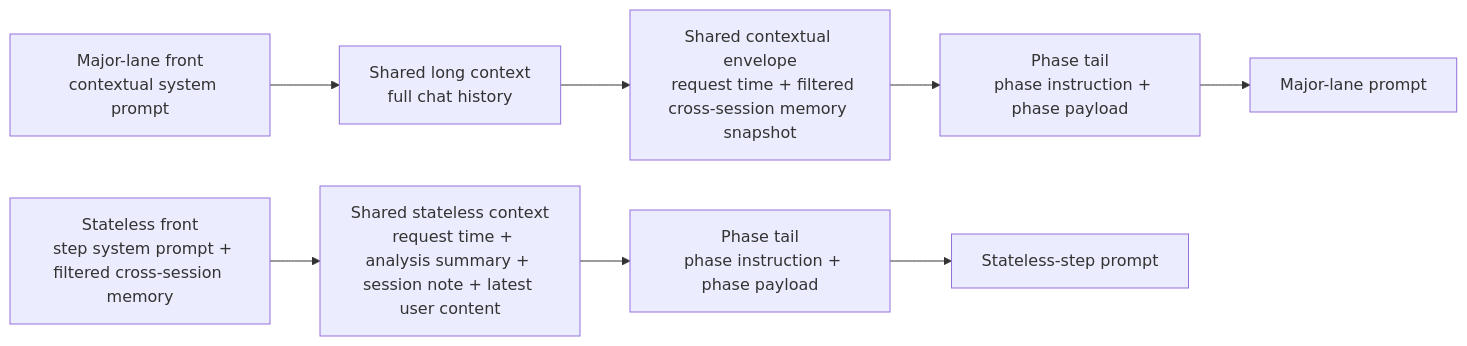
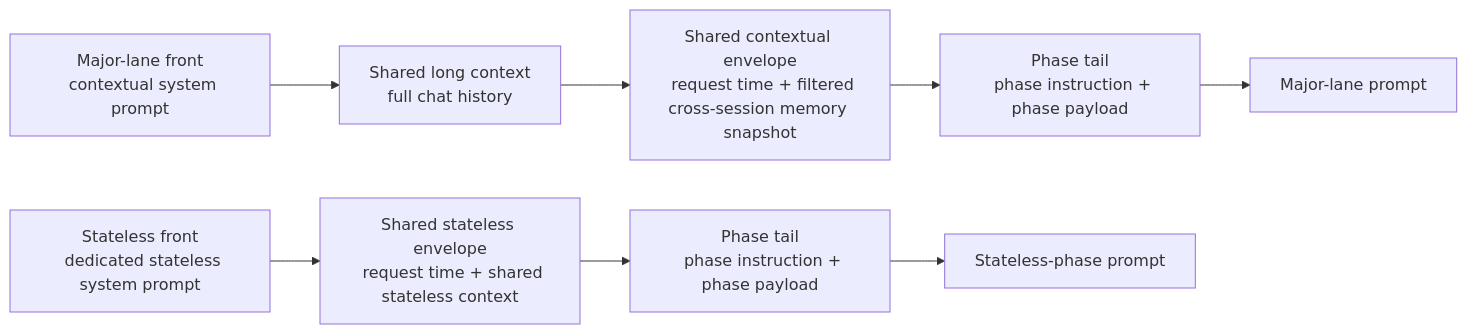
Before and after one commit to Eason023/chat-studio: the second of 3 diagrams in README.md, drawn with Mermaid. The commit also changed other lines of this file and 1 other file, not shown here.

Commit message:
perf: unify stateless prompt shapes for session and memory refresh

````diff
--- a/README.md
+++ b/README.md
@@ -308,18 +309,18 @@
 ```mermaid
 flowchart LR
   A["Major-lane front
   contextual system prompt"] --> B["Shared long context
   full chat history"]
   B --> C["Shared contextual envelope
   request time + filtered cross-session memory snapshot"]
   C --> D["Phase tail
   phase instruction + phase payload"]
   D --> E["Major-lane prompt"]
 
   F["Stateless front
-  step system prompt + filtered cross-session memory"] --> G["Shared stateless context
-  request time + analysis summary + session note + latest user content"]
+  dedicated stateless system prompt"] --> G["Shared stateless envelope
+  request time + shared stateless context"]
   G --> H["Phase tail
   phase instruction + phase payload"]
-  H --> I["Stateless-step prompt"]
+  H --> I["Stateless-phase prompt"]
 ```
````
